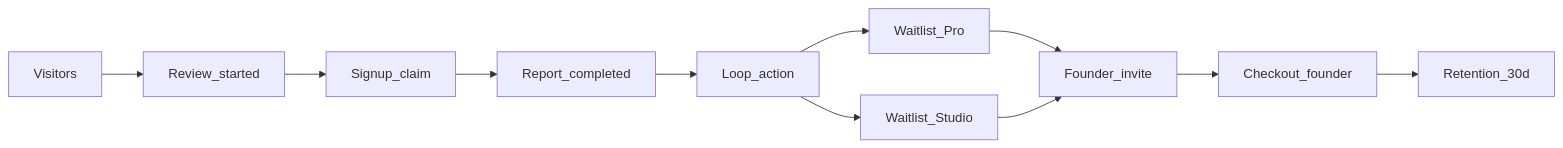
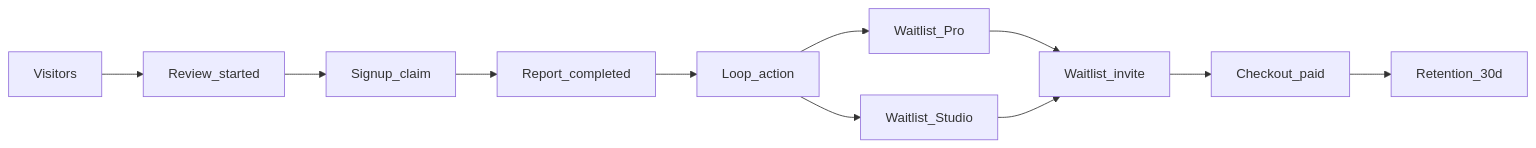
Before and after one commit to saadbenryane/FixFlags: the diagram in docs/gtm-metrics.md, drawn with Mermaid. The commit also changed other lines of this file and 65 other files, not shown here.

````diff
--- a/docs/gtm-metrics.md
+++ b/docs/gtm-metrics.md
@@ -11,13 +11,13 @@
 ```mermaid
 flowchart LR
   V[Visitors] --> R[Review_started]
   R --> S[Signup_claim]
   S --> C[Report_completed]
   C --> L[Loop_action]
   L --> WPro[Waitlist_Pro]
   L --> WStudio[Waitlist_Studio]
-  WPro --> I[Founder_invite]
+  WPro --> I[Waitlist_invite]
   WStudio --> I
-  I --> Pay[Checkout_founder]
+  I --> Pay[Checkout_paid]
   Pay --> Ret[Retention_30d]
 ```
````
